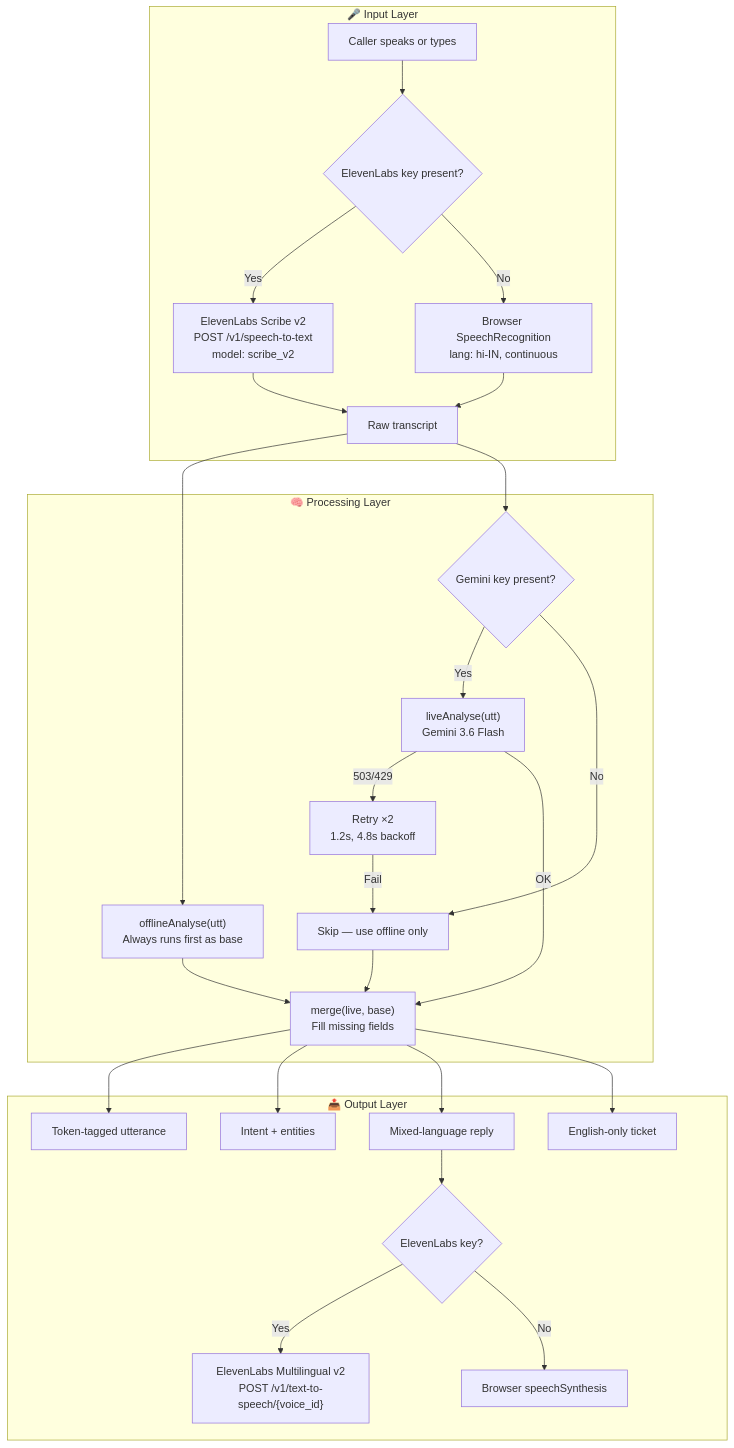
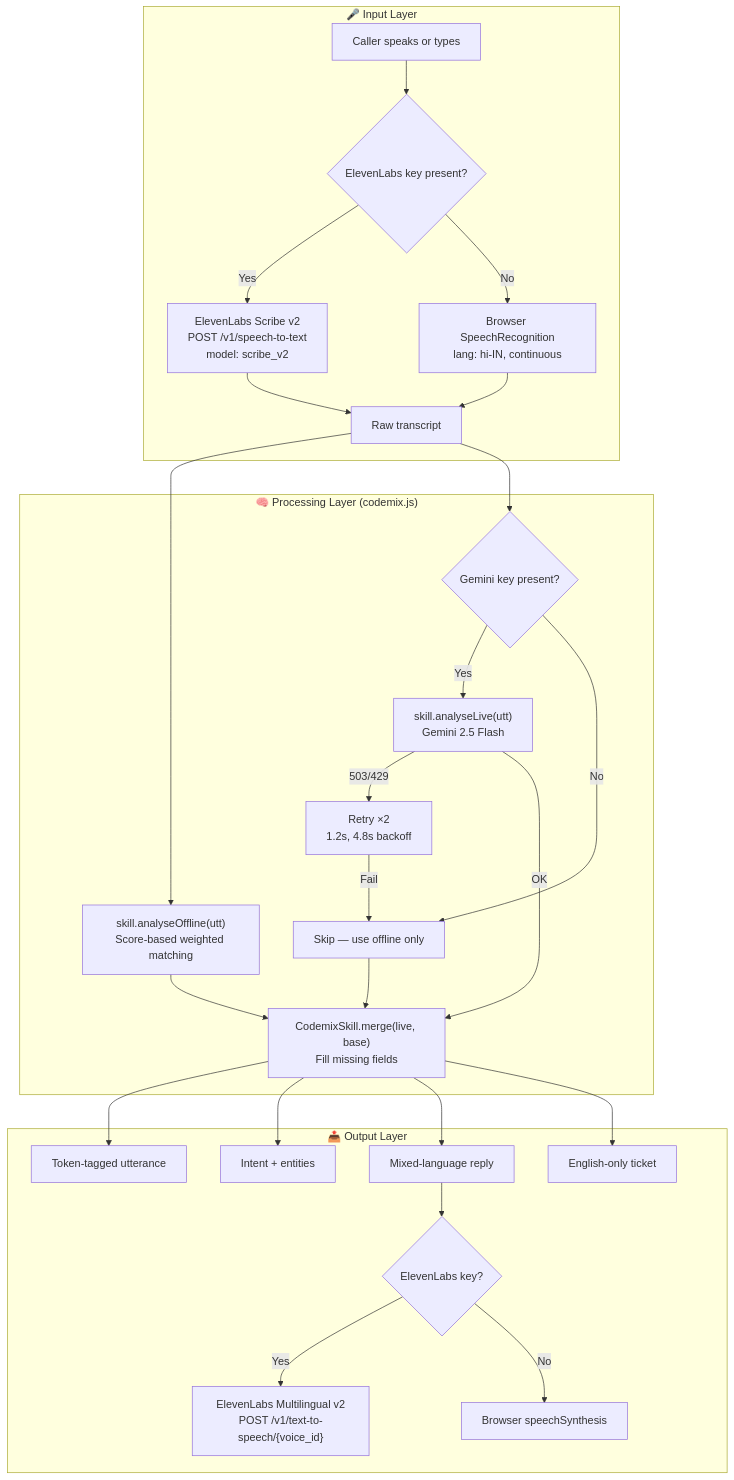
The diagram in ARCHITECTURE.md (ramanathanmani/great-agent-hackathon-2026), drawn with Mermaid before and after one commit. The commit also changed other lines of this file and 8 other files, not shown here.

Commit message:
feat: add codemix.js module, score-based intent rules, 20-call benchmark suite, demo GIF, and model consistency

````diff
--- a/ARCHITECTURE.md
+++ b/ARCHITECTURE.md
@@ -13,33 +13,33 @@
 ```mermaid
 graph TD
     subgraph Input ["🎤 Input Layer"]
         A["Caller speaks or types"]
         A --> B{"ElevenLabs key present?"}
         B -->|Yes| C["ElevenLabs Scribe v2<br/>POST /v1/speech-to-text<br/>model: scribe_v2"]
         B -->|No| D["Browser SpeechRecognition<br/>lang: hi-IN, continuous"]
         C --> E["Raw transcript"]
         D --> E
     end
 
-    subgraph Process ["🧠 Processing Layer"]
-        E --> F["offlineAnalyse(utt)<br/>Always runs first as base"]
+    subgraph Process ["🧠 Processing Layer (codemix.js)"]
+        E --> F["skill.analyseOffline(utt)<br/>Score-based weighted matching"]
         E --> G{"Gemini key present?"}
-        G -->|Yes| H["liveAnalyse(utt)<br/>Gemini 3.6 Flash"]
+        G -->|Yes| H["skill.analyseLive(utt)<br/>Gemini 2.5 Flash"]
         G -->|No| I["Skip — use offline only"]
         H -->|"503/429"| J["Retry ×2<br/>1.2s, 4.8s backoff"]
         J -->|Fail| I
-        H -->|OK| K["merge(live, base)<br/>Fill missing fields"]
+        H -->|OK| K["CodemixSkill.merge(live, base)<br/>Fill missing fields"]
         F --> K
         I --> K
     end
 
     subgraph Output ["📤 Output Layer"]
         K --> L["Token-tagged utterance"]
         K --> M["Intent + entities"]
         K --> N["Mixed-language reply"]
         K --> O["English-only ticket"]
         N --> P{"ElevenLabs key?"}
         P -->|Yes| Q["ElevenLabs Multilingual v2<br/>POST /v1/text-to-speech/{voice_id}"]
         P -->|No| R["Browser speechSynthesis"]
     end
 ```
````
